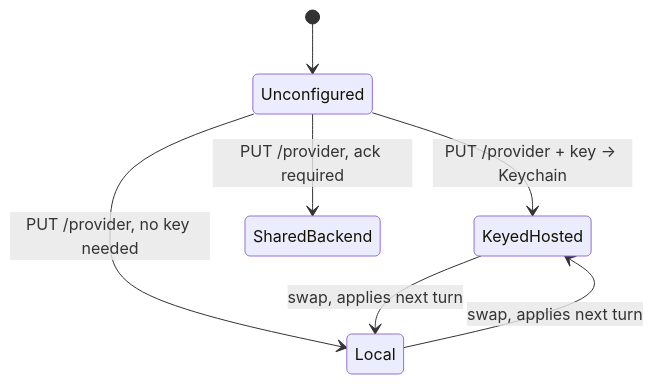
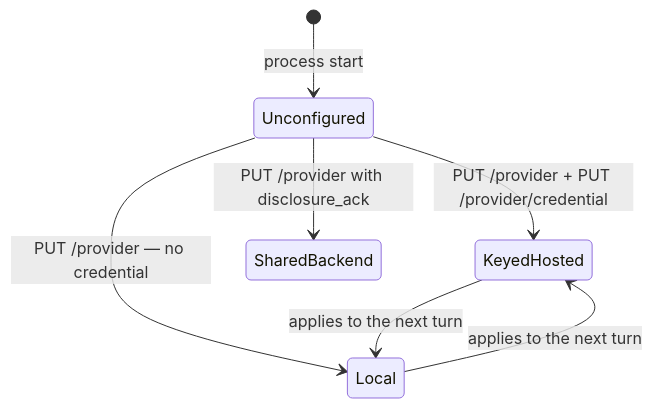
The fourth of 4 diagrams in README.md (troobit/dawmans), drawn with Mermaid before and after one commit. The commit also changed other lines of this file and 20 other files, not shown here.

````diff
--- a/README.md
+++ b/README.md
@@ -166,9 +264,9 @@
 ```mermaid
 stateDiagram-v2
-  [*] --> Unconfigured
-  Unconfigured --> KeyedHosted: PUT /provider + key → Keychain
-  Unconfigured --> Local: PUT /provider, no key needed
-  Unconfigured --> SharedBackend: PUT /provider, ack required
-  KeyedHosted --> Local: swap, applies next turn
-  Local --> KeyedHosted: swap, applies next turn
+  [*] --> Unconfigured: process start
+  Unconfigured --> KeyedHosted: PUT /provider + PUT /provider/credential
+  Unconfigured --> Local: PUT /provider — no credential
+  Unconfigured --> SharedBackend: PUT /provider with disclosure_ack
+  KeyedHosted --> Local: applies to the next turn
+  Local --> KeyedHosted: applies to the next turn
 ```
````
